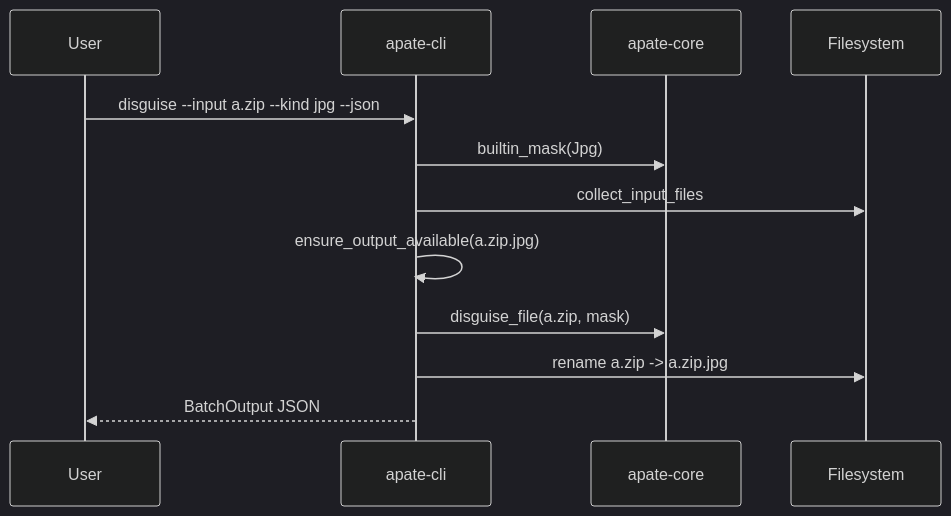
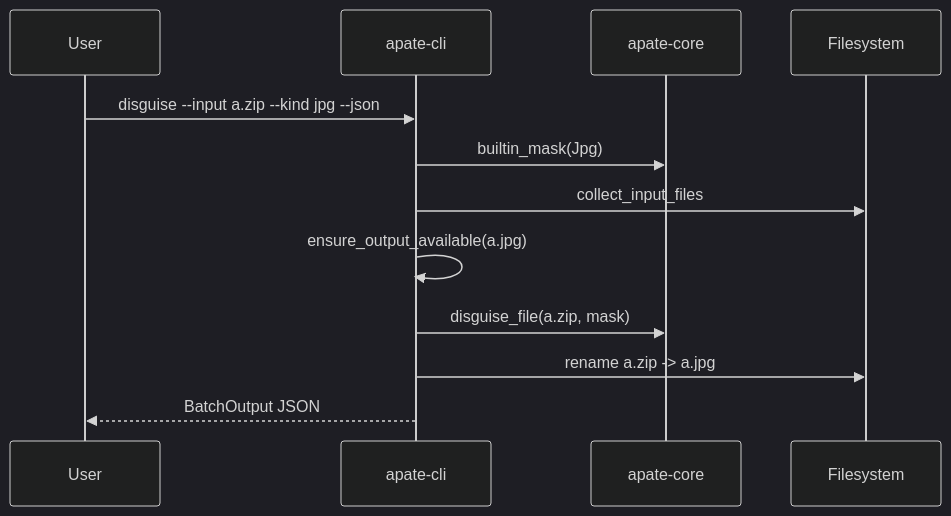
Before and after one commit to SakurajimMai/apate: the second of 3 diagrams in docs/ARCHITECTURE.md, drawn with Mermaid (dark theme). The commit also changed other lines of this file and 11 other files, not shown here.

````diff
--- a/docs/ARCHITECTURE.md
+++ b/docs/ARCHITECTURE.md
@@ -68,15 +69,15 @@
 ```mermaid
 sequenceDiagram
     participant U as User
     participant CLI as apate-cli
     participant CORE as apate-core
     participant FS as Filesystem
 
     U->>CLI: disguise --input a.zip --kind jpg --json
     CLI->>CORE: builtin_mask(Jpg)
     CLI->>FS: collect_input_files
-    CLI->>CLI: ensure_output_available(a.zip.jpg)
+    CLI->>CLI: ensure_output_available(a.jpg)
     CLI->>CORE: disguise_file(a.zip, mask)
-    CLI->>FS: rename a.zip -> a.zip.jpg
+    CLI->>FS: rename a.zip -> a.jpg
     CLI-->>U: BatchOutput JSON
 ```
````
